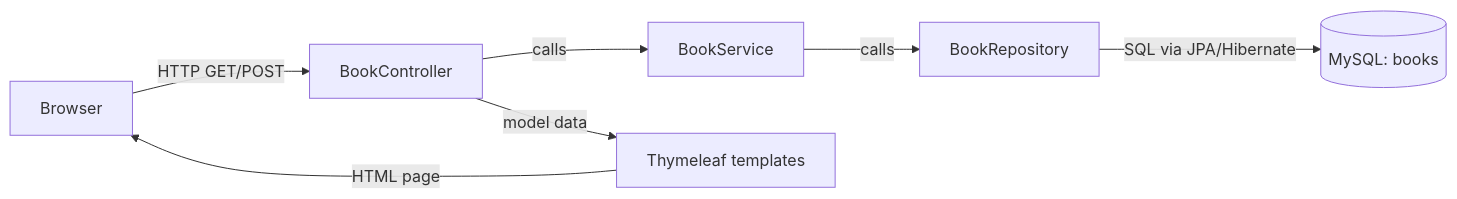
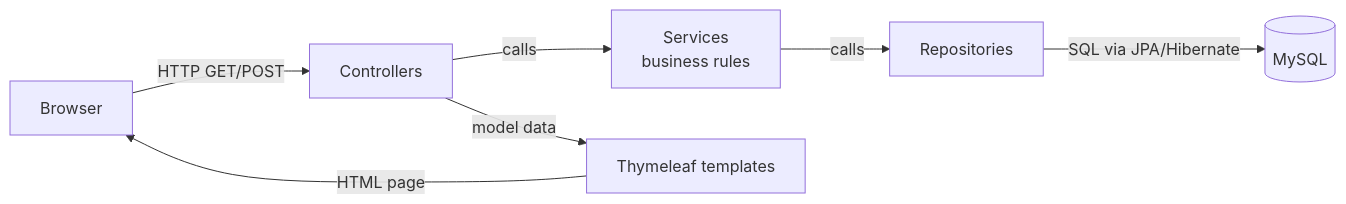
One commit to olegberz/library-inventory changed the first of 6 diagrams in README.md. Above: the diagram before and after it, drawn with Mermaid. The commit also changed other lines of this file, not shown here.

Commit message:
Update README: ER model, closed flowcharts, sequence diagram, test cases

````diff
--- a/README.md
+++ b/README.md
@@ -54,9 +63,9 @@
 ```mermaid
 flowchart LR
-    U[Browser] -->|HTTP GET/POST| C[BookController]
-    C -->|calls| S[BookService]
-    S -->|calls| R[BookRepository]
-    R -->|SQL via JPA/Hibernate| DB[(MySQL: books)]
+    U[Browser] -->|HTTP GET/POST| C[Controllers]
+    C -->|calls| S[Services<br/>business rules]
+    S -->|calls| R[Repositories]
+    R -->|SQL via JPA/Hibernate| DB[(MySQL)]
     C -->|model data| V[Thymeleaf templates]
     V -->|HTML page| U
 ```
````
